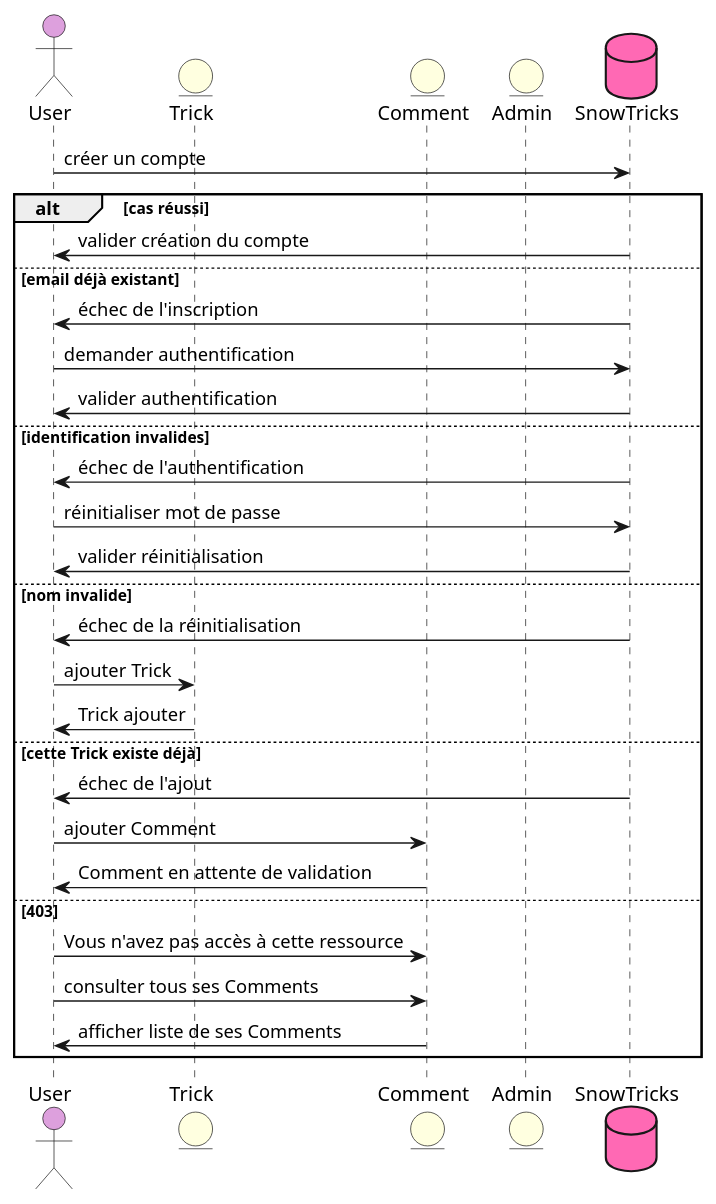
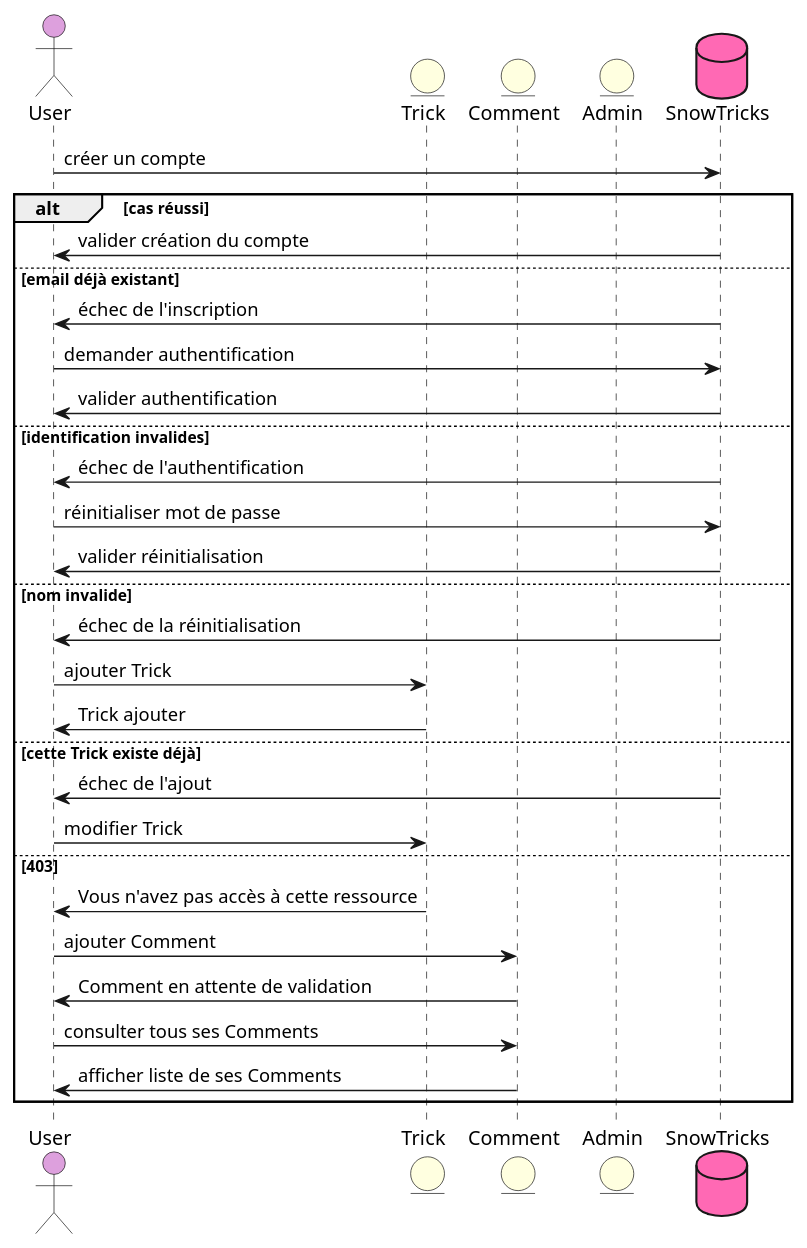
Before and after one commit to laurasullyalexandrine/SnowTricks: the diagram in diagrammes-uml/Sequence/UserSequence.puml, drawn with PlantUML. The commit also changed 1 other file, not shown here.

```diff
--- a/diagrammes-uml/Sequence/UserSequence.puml
+++ b/diagrammes-uml/Sequence/UserSequence.puml
@@ -1,44 +1,47 @@
 @startuml UserSequence
 
 skinparam responseCommentBelowArrow true
 skinparam SequenceCommentAlignment center
 
 actor User as User #Plum
 
 entity Trick as Trick #LightYellow
 entity Comment as Comment #LightYellow
 entity Admin as Admin #LightYellow
 
 database SnowTricks as SnowTricks #HotPink
 
 User -> SnowTricks: créer un compte
 alt cas réussi
 SnowTricks-> User: valider création du compte
 else email déjà existant 
 SnowTricks-> User: échec de l'inscription
 
 User -> SnowTricks: demander authentification 
 SnowTricks-> User: valider authentification 
 else identification invalides
 SnowTricks-> User: échec de l'authentification
 
 User -> SnowTricks: réinitialiser mot de passe 
 SnowTricks-> User: valider réinitialisation 
 else nom invalide
 SnowTricks-> User: échec de la réinitialisation
 
 User -> Trick: ajouter Trick 
 Trick-> User: Trick ajouter 
 else cette Trick existe déjà
 SnowTricks-> User: échec de l'ajout
 
+User -> Trick: modifier Trick 
+else 403
+Trick -> User: Vous n'avez pas accès à cette ressource
+
 User -> Comment: ajouter Comment
 Comment -> User: Comment en attente de validation
-else 403
-User -> Comment: Vous n'avez pas accès à cette ressource
+
 
 User -> Comment: consulter tous ses Comments
 Comment -> User: afficher liste de ses Comments
 
 end
 @enduml
```
